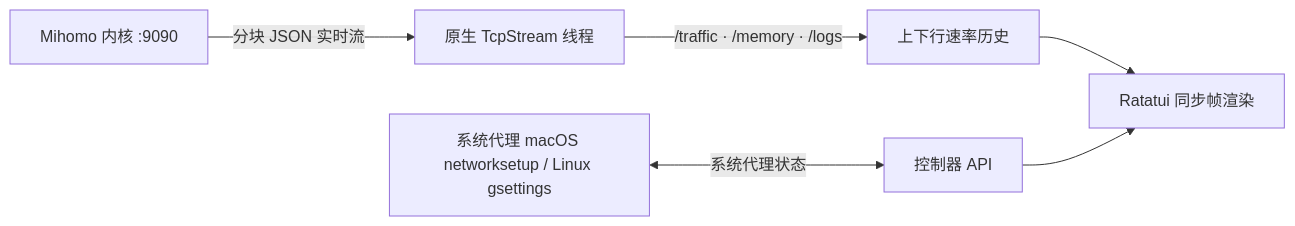
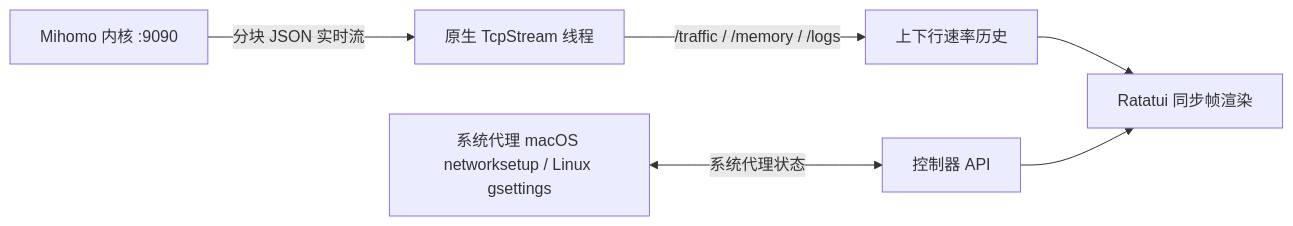
Before and after one commit to wormforce/terc: the diagram in README.md, drawn with Mermaid. The commit also changed other lines of this file and 6 other files, not shown here.

````diff
--- a/README.md
+++ b/README.md
@@ -158,8 +160,8 @@
 ```mermaid
 flowchart LR
     A[Mihomo 内核 :9090] -->|分块 JSON 实时流| B[原生 TcpStream 线程]
-    B -->|/traffic · /memory · /logs| C[上下行速率历史]
+    B -->|/traffic / /memory / /logs| C[上下行速率历史]
     D[系统代理 macOS networksetup / Linux gsettings] <-->|系统代理状态| E[控制器 API]
     C --> F[Ratatui 同步帧渲染]
     E --> F
 ```
````
